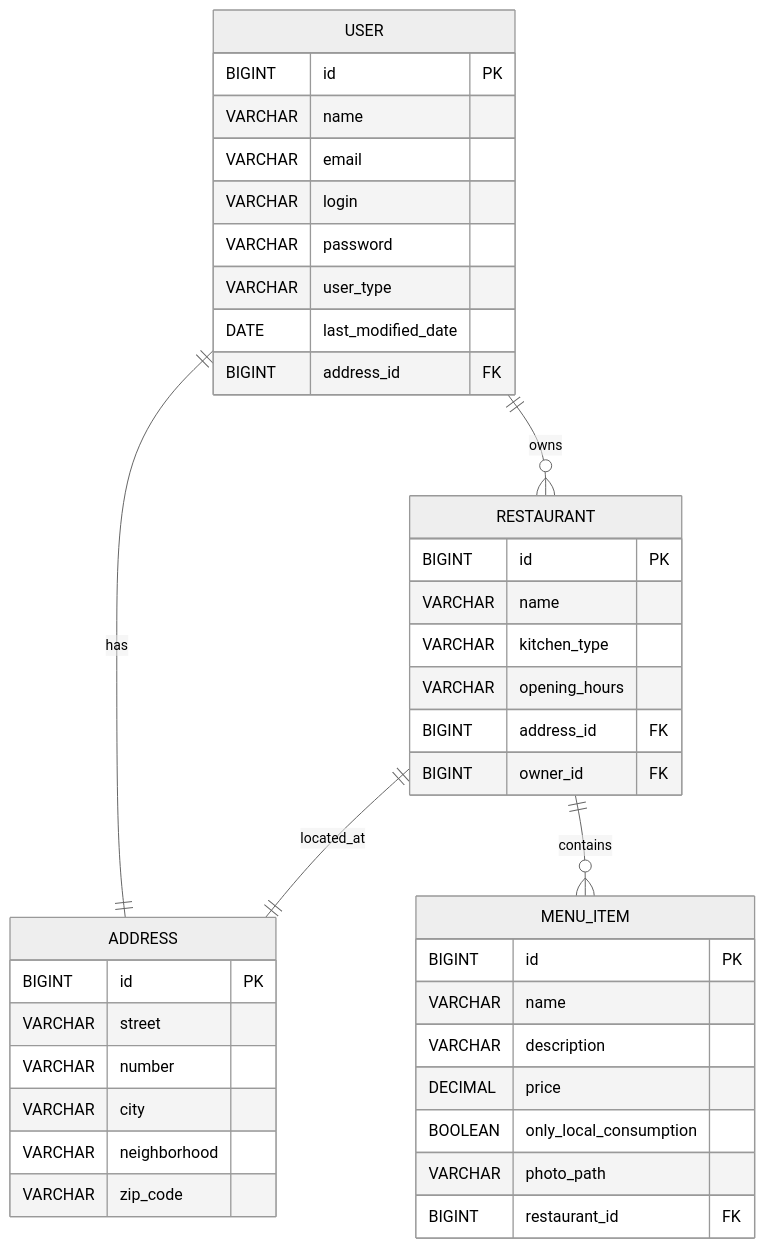
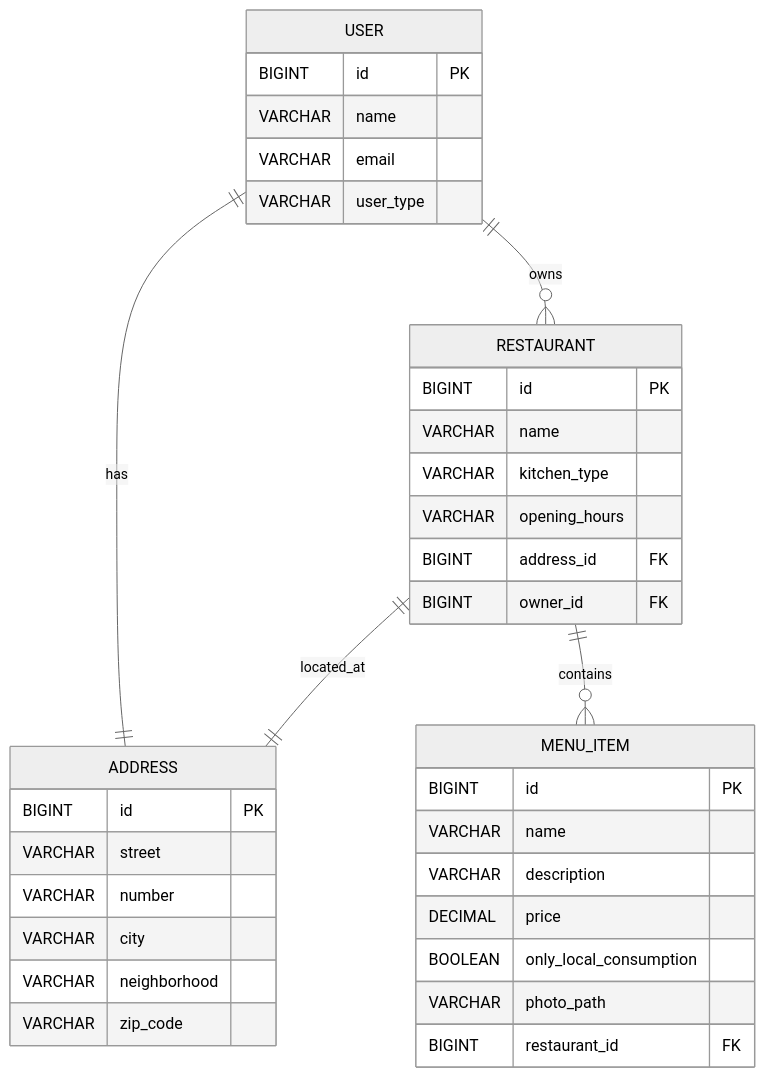
The second of 2 diagrams in README.md (lucaso-silva/tech-challenge-ii), drawn with Mermaid (neutral theme) before and after one commit. The commit also changed other lines of this file, not shown here.

````diff
--- a/README.md
+++ b/README.md
@@ -103,47 +99,43 @@
 ```mermaid
 erDiagram
 
     USER {
         BIGINT id PK
         VARCHAR name
         VARCHAR email
-        VARCHAR login
-        VARCHAR password
         VARCHAR user_type
-        DATE last_modified_date
-        BIGINT address_id FK
     }
 
     ADDRESS {
         BIGINT id PK
         VARCHAR street
         VARCHAR number
         VARCHAR city
         VARCHAR neighborhood
         VARCHAR zip_code
     }
 
     RESTAURANT {
         BIGINT id PK
         VARCHAR name
         VARCHAR kitchen_type
         VARCHAR opening_hours
         BIGINT address_id FK
         BIGINT owner_id FK
     }
 
     MENU_ITEM {
         BIGINT id PK
         VARCHAR name
         VARCHAR description
         DECIMAL price
         BOOLEAN only_local_consumption
         VARCHAR photo_path
         BIGINT restaurant_id FK
     }
 
     USER ||--|| ADDRESS : has
     USER ||--o{ RESTAURANT : owns
     RESTAURANT ||--|| ADDRESS : located_at
     RESTAURANT ||--o{ MENU_ITEM : contains
 ```
````
